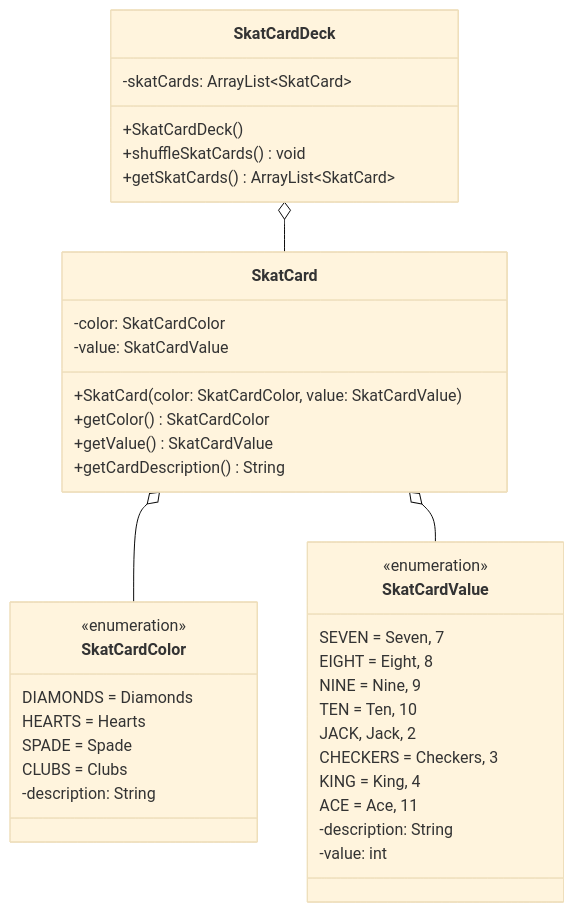
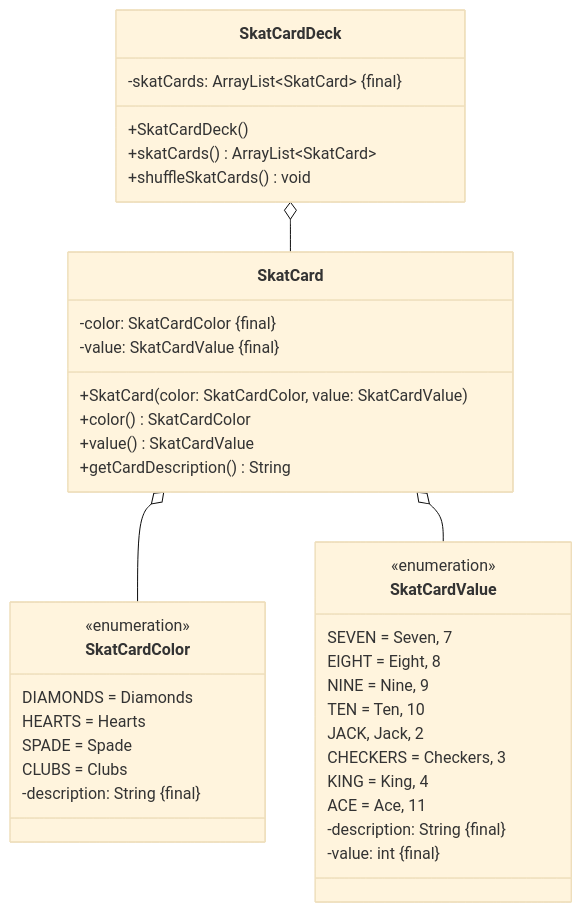
Before and after one commit to jappuccini/java-docs: the diagram in docs/exercises/uml/class-diagrams05.mdx, drawn with Mermaid (base theme). The commit also changed 33 other files, not shown here.

Commit message:
add final-property, change getter-description, change list- and map-declarations

````diff
--- a/docs/exercises/uml/class-diagrams05.mdx
+++ b/docs/exercises/uml/class-diagrams05.mdx
@@ -15,45 +15,45 @@
 ```mermaid
 classDiagram
      SkatCard o-- SkatCardColor
      SkatCard o-- SkatCardValue
      SkatCardDeck o-- SkatCard
 
     class SkatCardValue {
         <<enumeration>>
         SEVEN = Seven, 7
         EIGHT = Eight, 8
         NINE = Nine, 9
         TEN = Ten, 10
         JACK, Jack, 2
         CHECKERS = Checkers, 3
         KING = King, 4
         ACE = Ace, 11
-        -description: String
-        -value: int
+        -description: String &#123final&#125
+        -value: int &#123final&#125
     }
 
     class SkatCardColor {
         <<enumeration>>
         DIAMONDS = Diamonds
         HEARTS = Hearts
         SPADE = Spade
         CLUBS = Clubs
-        -description: String
+        -description: String &#123final&#125
     }
 
     class SkatCard {
-        -color: SkatCardColor
-        -value: SkatCardValue
+        -color: SkatCardColor &#123final&#125
+        -value: SkatCardValue &#123final&#125
         +SkatCard(color: SkatCardColor, value: SkatCardValue)
-        +getColor() SkatCardColor
-        +getValue() SkatCardValue
+        +color() SkatCardColor
+        +value() SkatCardValue
         +getCardDescription() String
     }
 
     class SkatCardDeck {
-        -skatCards: ArrayList~SkatCard~
+        -skatCards: ArrayList~SkatCard~ &#123final&#125
         +SkatCardDeck()
+        +skatCards() ArrayList~SkatCard~
         +shuffleSkatCards() void
-        +getSkatCards() ArrayList~SkatCard~
     }
 ```
````
